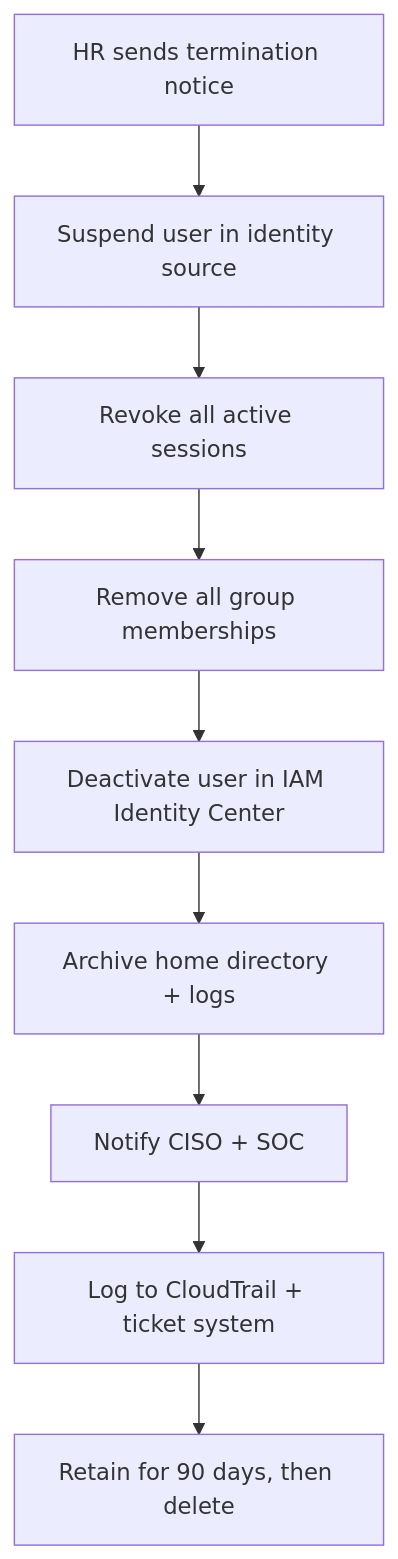
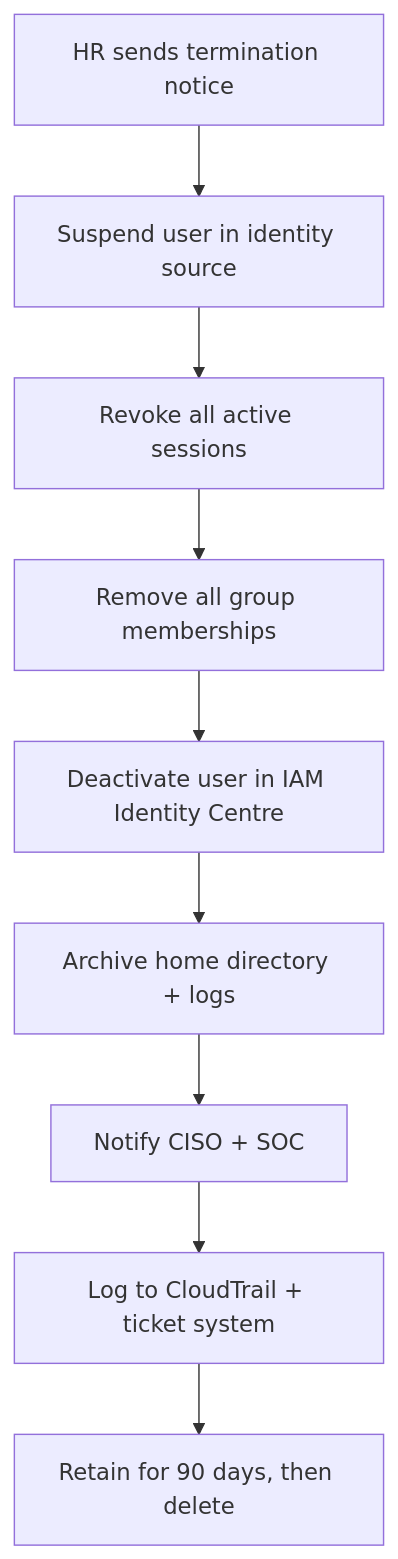
Before and after one commit to MikeEmpire1/iam-engineer-works: the third of 3 diagrams in InnoGrid_Solutions/01-user-lifecycle/design.md, drawn with Mermaid. The commit also changed other lines of this file and 30 other files, not shown here.

````diff
--- a/InnoGrid_Solutions/01-user-lifecycle/design.md
+++ b/InnoGrid_Solutions/01-user-lifecycle/design.md
@@ -104,11 +104,11 @@
 ```mermaid
 flowchart TD
     A[HR sends termination notice] --> B[Suspend user in identity source]
     B --> C[Revoke all active sessions]
     C --> D[Remove all group memberships]
-    D --> E[Deactivate user in IAM Identity Center]
+    D --> E[Deactivate user in IAM Identity Centre]
     E --> F[Archive home directory + logs]
     F --> G[Notify CISO + SOC]
     G --> H[Log to CloudTrail + ticket system]
     H --> I[Retain for 90 days, then delete]
 ```
````
